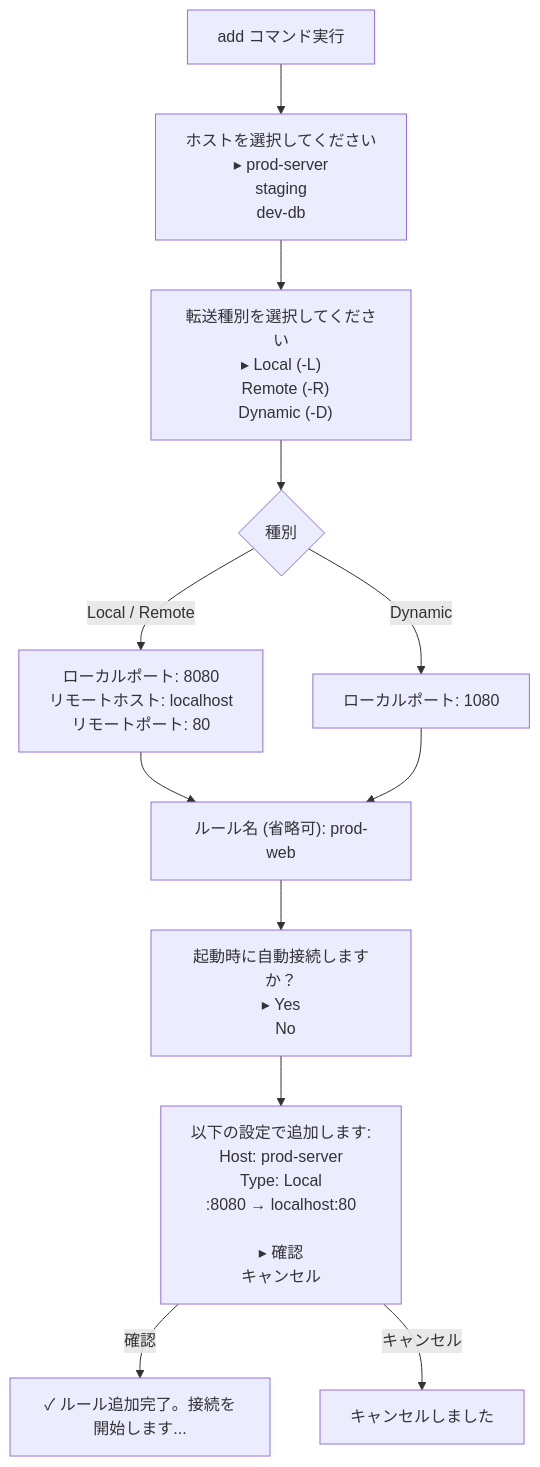
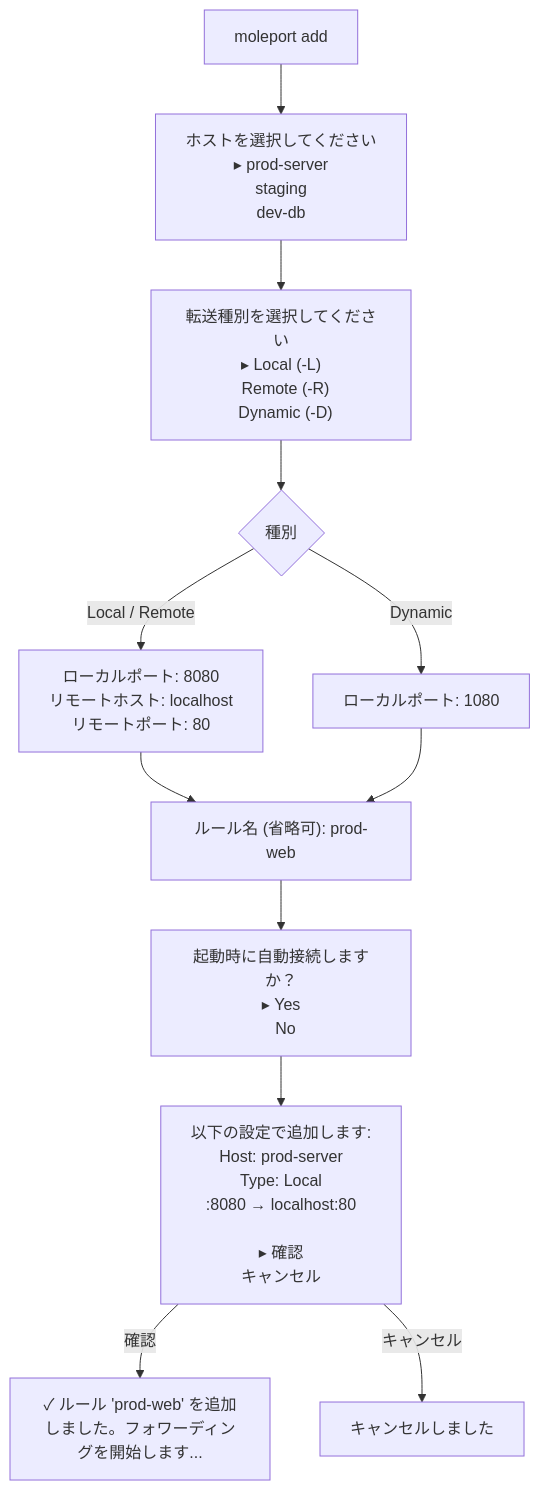
Before and after one commit to ousiassllc/MolePort: the first of 2 diagrams in docs/commands/overview.md, drawn with Mermaid. The commit also changed other lines of this file, not shown here.

````diff
--- a/docs/commands/overview.md
+++ b/docs/commands/overview.md
@@ -31,20 +169,20 @@
 ```mermaid
 flowchart TD
-    Start["add コマンド実行"] --> SelectHost
+    Start["moleport add"] --> SelectHost
     SelectHost["ホストを選択してください<br/>▸ prod-server<br/>  staging<br/>  dev-db"] --> SelectType
     SelectType["転送種別を選択してください<br/>▸ Local (-L)<br/>  Remote (-R)<br/>  Dynamic (-D)"] --> CheckType
 
     CheckType{種別}
     CheckType -->|Local / Remote| InputPorts
     CheckType -->|Dynamic| InputLocalPort
 
     InputPorts["ローカルポート: 8080<br/>リモートホスト: localhost<br/>リモートポート: 80"] --> InputName
     InputLocalPort["ローカルポート: 1080"] --> InputName
 
     InputName["ルール名 (省略可): prod-web"] --> AutoConnect
     AutoConnect["起動時に自動接続しますか？<br/>▸ Yes<br/>  No"] --> Confirm
 
     Confirm["以下の設定で追加します:<br/>Host: prod-server<br/>Type: Local<br/>:8080 → localhost:80<br/><br/>▸ 確認<br/>  キャンセル"]
-    Confirm -->|確認| Created["✓ ルール追加完了。接続を開始します..."]
+    Confirm -->|確認| Created["✓ ルール 'prod-web' を追加しました。フォワーディングを開始します..."]
     Confirm -->|キャンセル| Cancelled["キャンセルしました"]
 ```
````
